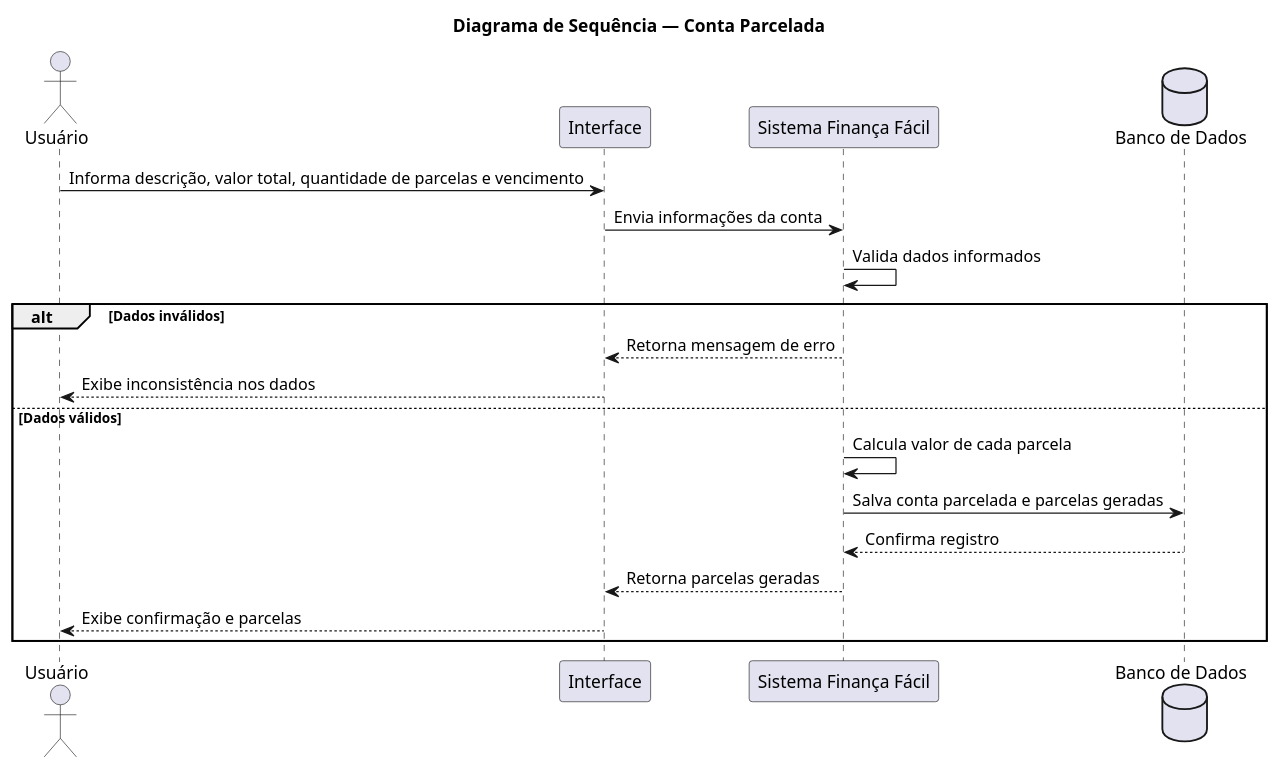
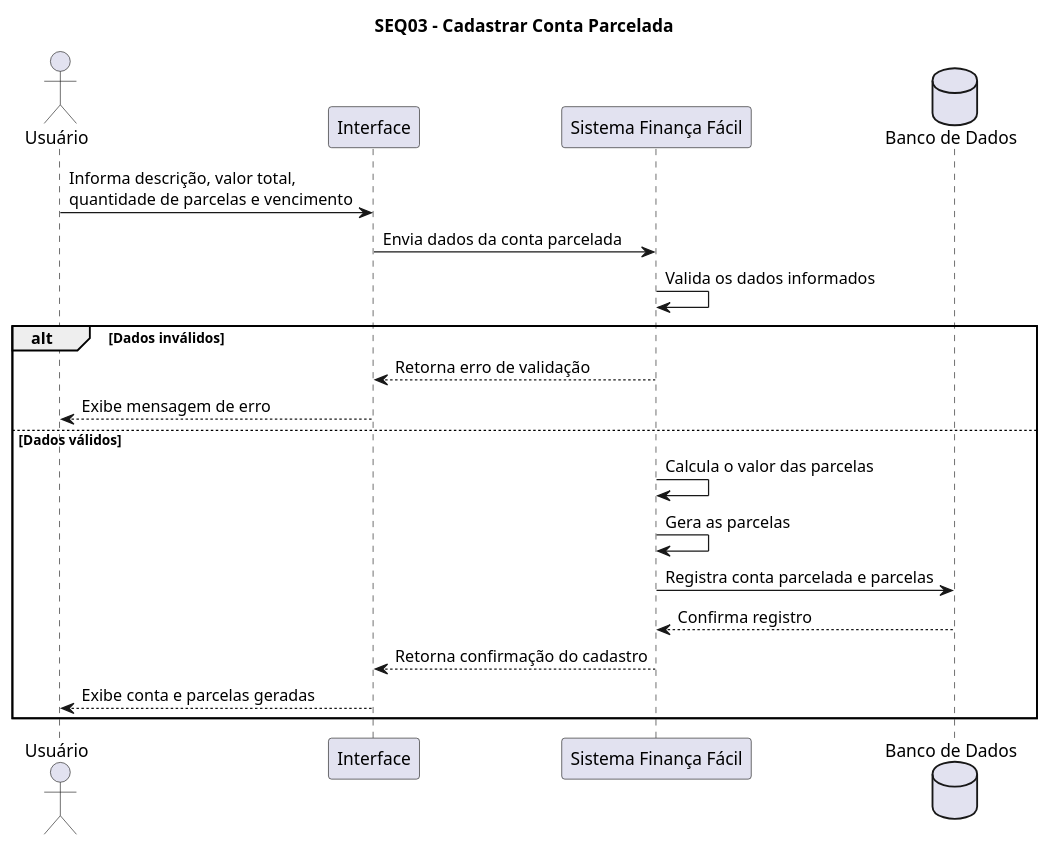
Before and after one commit to Nathan-Edu/Financa-Facil: the diagram in docs/modelagem/sequencia/conta-parcelada.puml, drawn with PlantUML.

Commit message:
Update sequence diagram for parcel account registration

```diff
--- a/docs/modelagem/sequencia/conta-parcelada.puml
+++ b/docs/modelagem/sequencia/conta-parcelada.puml
@@ -1,23 +1,27 @@
 @startuml
-title Diagrama de Sequência — Conta Parcelada
+
+title SEQ03 - Cadastrar Conta Parcelada
 
 actor "Usuário" as Usuario
 participant "Interface" as Interface
 participant "Sistema Finança Fácil" as Sistema
 database "Banco de Dados" as Banco
 
-Usuario -> Interface: Informa descrição, valor total, quantidade de parcelas e vencimento
-Interface -> Sistema: Envia informações da conta
-Sistema -> Sistema: Valida dados informados
+Usuario -> Interface: Informa descrição, valor total,\nquantidade de parcelas e vencimento
+Interface -> Sistema: Envia dados da conta parcelada
+Sistema -> Sistema: Valida os dados informados
 
 alt Dados inválidos
-    Sistema --> Interface: Retorna mensagem de erro
-    Interface --> Usuario: Exibe inconsistência nos dados
+    Sistema --> Interface: Retorna erro de validação
+    Interface --> Usuario: Exibe mensagem de erro
+
 else Dados válidos
-    Sistema -> Sistema: Calcula valor de cada parcela
-    Sistema -> Banco: Salva conta parcelada e parcelas geradas
+    Sistema -> Sistema: Calcula o valor das parcelas
+    Sistema -> Sistema: Gera as parcelas
+    Sistema -> Banco: Registra conta parcelada e parcelas
     Banco --> Sistema: Confirma registro
-    Sistema --> Interface: Retorna parcelas geradas
-    Interface --> Usuario: Exibe confirmação e parcelas
+    Sistema --> Interface: Retorna confirmação do cadastro
+    Interface --> Usuario: Exibe conta e parcelas geradas
 end
+
 @enduml
```
